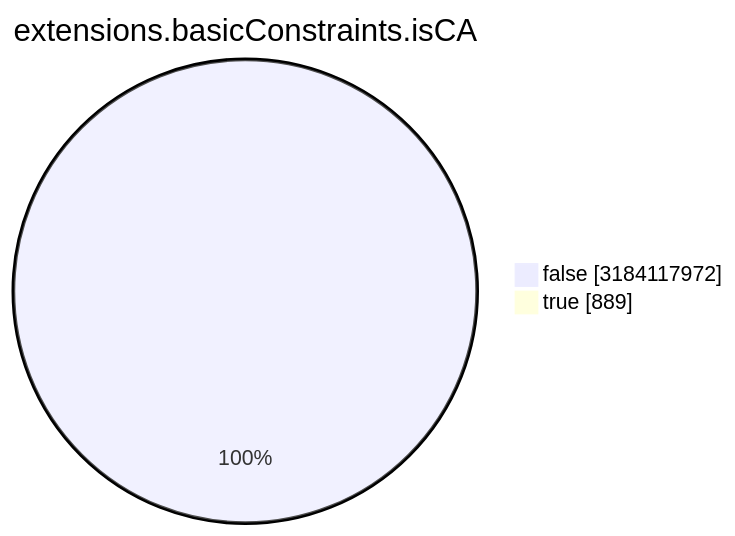
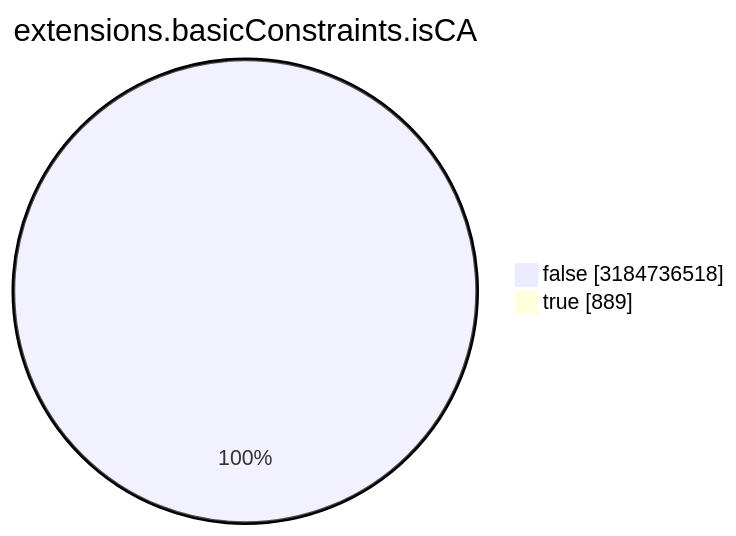
One commit to christiankrug/ctmonitor_visualization changed the seventh of 15 diagrams in TOTAL/README.md. Above: the diagram before and after it, drawn with Mermaid. The commit also changed other lines of this file, not shown here.

````diff
--- a/TOTAL/README.md
+++ b/TOTAL/README.md
@@ -3088,6 +3088,6 @@
 ```mermaid
 pie showData
 title extensions.basicConstraints.isCA
-"false" :3184117972
+"false" :3184736518
 "true" :889
 ```
````
